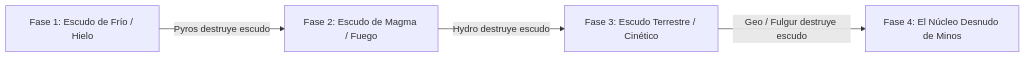
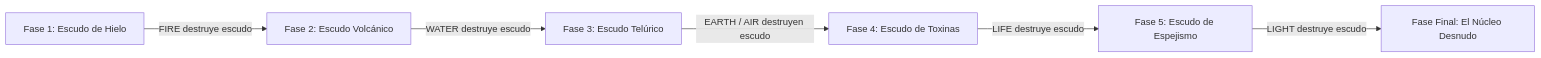
Before and after one commit to linkmati/ShivathLyss: the diagram in 7 - DM/OneShots/ARepeat/04-Encuentros_y_Guardianes.md, drawn with Mermaid. The commit also changed other lines of this file and 6 other files, not shown here.

Commit message:
fix: mermaid diagram parse errors and align elements with Shivath 6 Power Words

````diff
--- a/7 - DM/OneShots/ARepeat/04-Encuentros_y_Guardianes.md
+++ b/7 - DM/OneShots/ARepeat/04-Encuentros_y_Guardianes.md
@@ -32,6 +32,8 @@
 ```mermaid
 graph LR
-    F1[Fase 1: Escudo de Frío / Hielo] -->|Pyros destruye escudo| F2[Fase 2: Escudo de Magma / Fuego]
-    F2 -->|Hydro destruye escudo| F3[Fase 3: Escudo Terrestre / Cinético]
-    F3 -->|Geo / Fulgur destruye escudo| F4[Fase 4: El Núcleo Desnudo de Minos]
+    F1["Fase 1: Escudo de Hielo"] -->|"FIRE destruye escudo"| F2["Fase 2: Escudo Volcánico"]
+    F2 -->|"WATER destruye escudo"| F3["Fase 3: Escudo Telúrico"]
+    F3 -->|"EARTH / AIR destruyen escudo"| F4["Fase 4: Escudo de Toxinas"]
+    F4 -->|"LIFE destruye escudo"| F5["Fase 5: Escudo de Espejismo"]
+    F5 -->|"LIGHT destruye escudo"| F6["Fase Final: El Núcleo Desnudo"]
 ```
````
